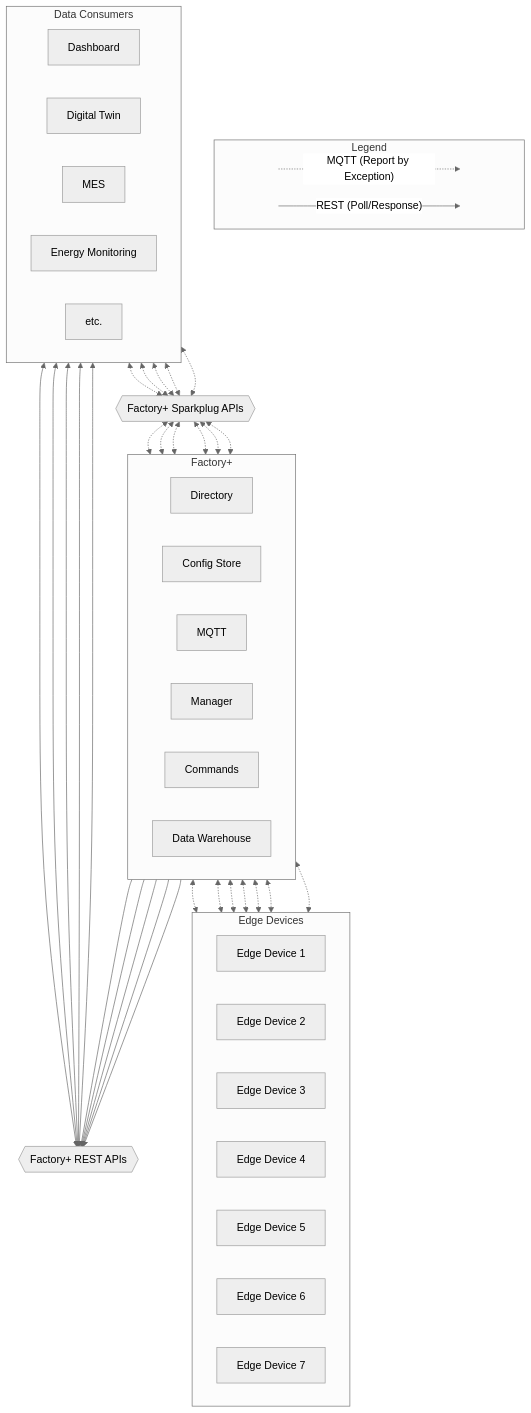
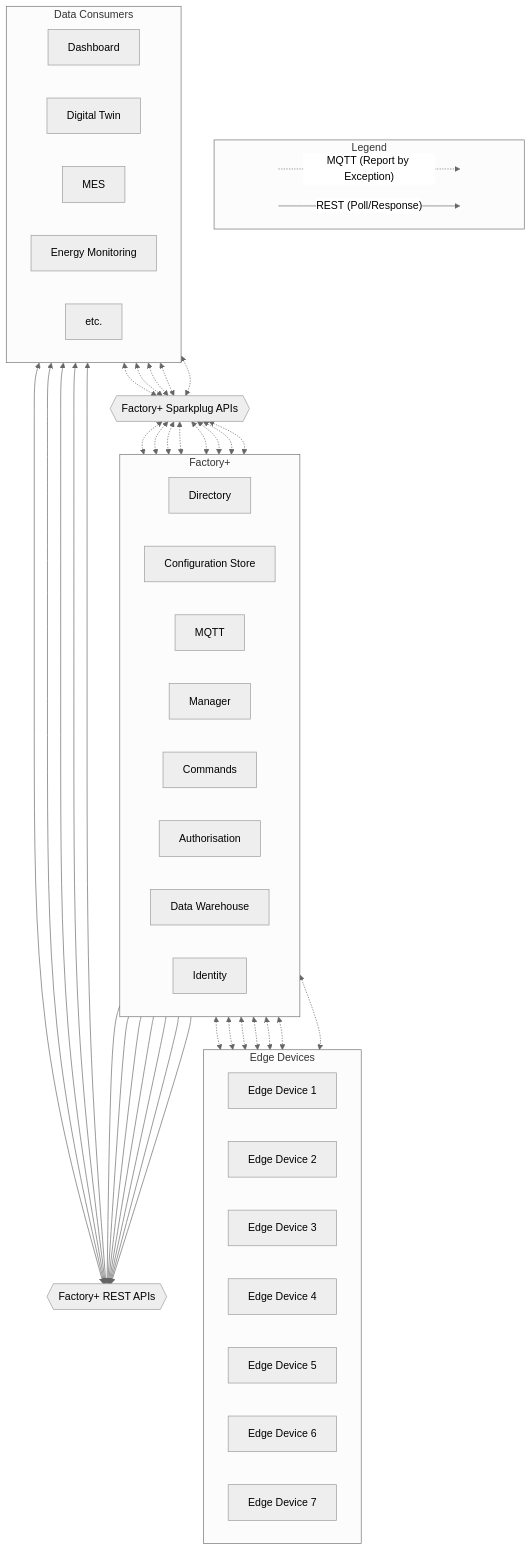
The second of 3 diagrams in docs/overview.mdx (AMRC-FactoryPlus/documentation), drawn with Mermaid (neutral theme) before and after one commit. The commit also changed other lines of this file and 41 other files, not shown here.

````diff
--- a/docs/overview.mdx
+++ b/docs/overview.mdx
@@ -79,67 +79,73 @@
 ```mermaid
 graph TB
     subgraph Legend
       direction LR
       start1[ ] -. "MQTT (Report by Exception)" .-> stop1[ ]
       style start1 height:0px;
       style stop1 height:0px;
       start2[ ] -- "REST (Poll/Response)" --> stop2[ ]
       style start2 height:0px;
       style stop2 height:0px;
     end
     subgraph Factory+
         direction LR
         A[Directory]
-        B[Config Store]
+        B[Configuration Store]
         C[MQTT]
         D[Manager]
         E[Commands]
+        F[Authorisation]
         G[Data Warehouse]
+        H[Identity]
     end
     subgraph Data Consumers
         direction LR
         ds[Dashboard]
         dt[Digital Twin]
         mes[MES]
         em[Energy Monitoring]
         ...[etc.]
     end
     subgraph Edge Devices
         direction LR
         c1
         c2
         c3
         c4
         c5
         c6
         c7
     end
   m{{Factory+ Sparkplug APIs}}<.->C
   m<.->A
   m<.->B
   m<.->D
   m<.->E
+  m<.->F
   m<.->G
+  m<.->H
   C<.->c1[Edge Device 1]
   C<.->c2[Edge Device 2]
   C<.->c3[Edge Device 3]
   C<.->c4[Edge Device 4]
   C<.->c5[Edge Device 5]
   C<.->c6[Edge Device 6]
   C<.->c7[Edge Device 7]
   A --> r{{Factory+ REST APIs}}
   B --> r
   D --> r
   E --> r
+  F --> r
   G --> r
+  H --> r
   dt <.-> m
   dt <--> r
   ds <.-> m
   ds <--> r
   mes <.-> m
   mes <--> r
   em <.-> m
   em <--> r
   ... <.-> m
   ... <--> r
 ```
````
